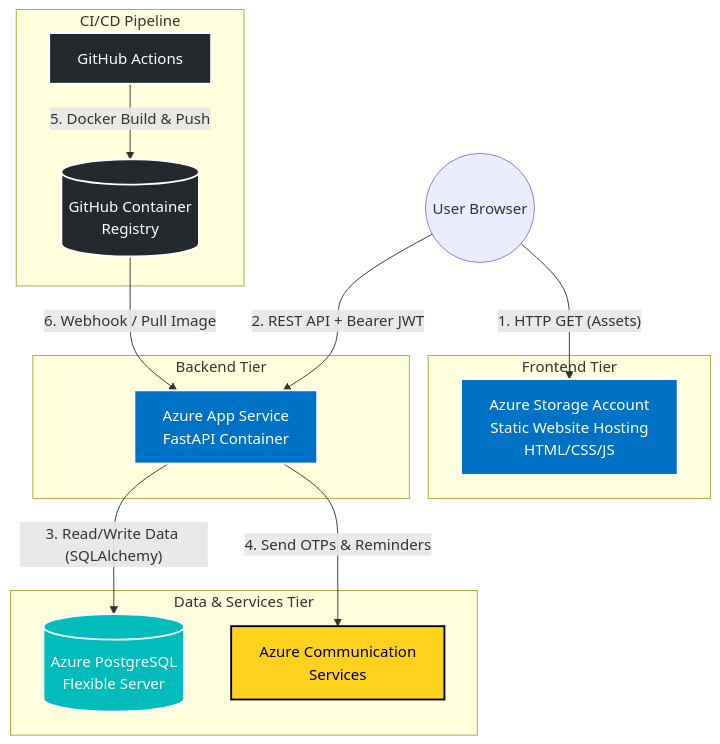
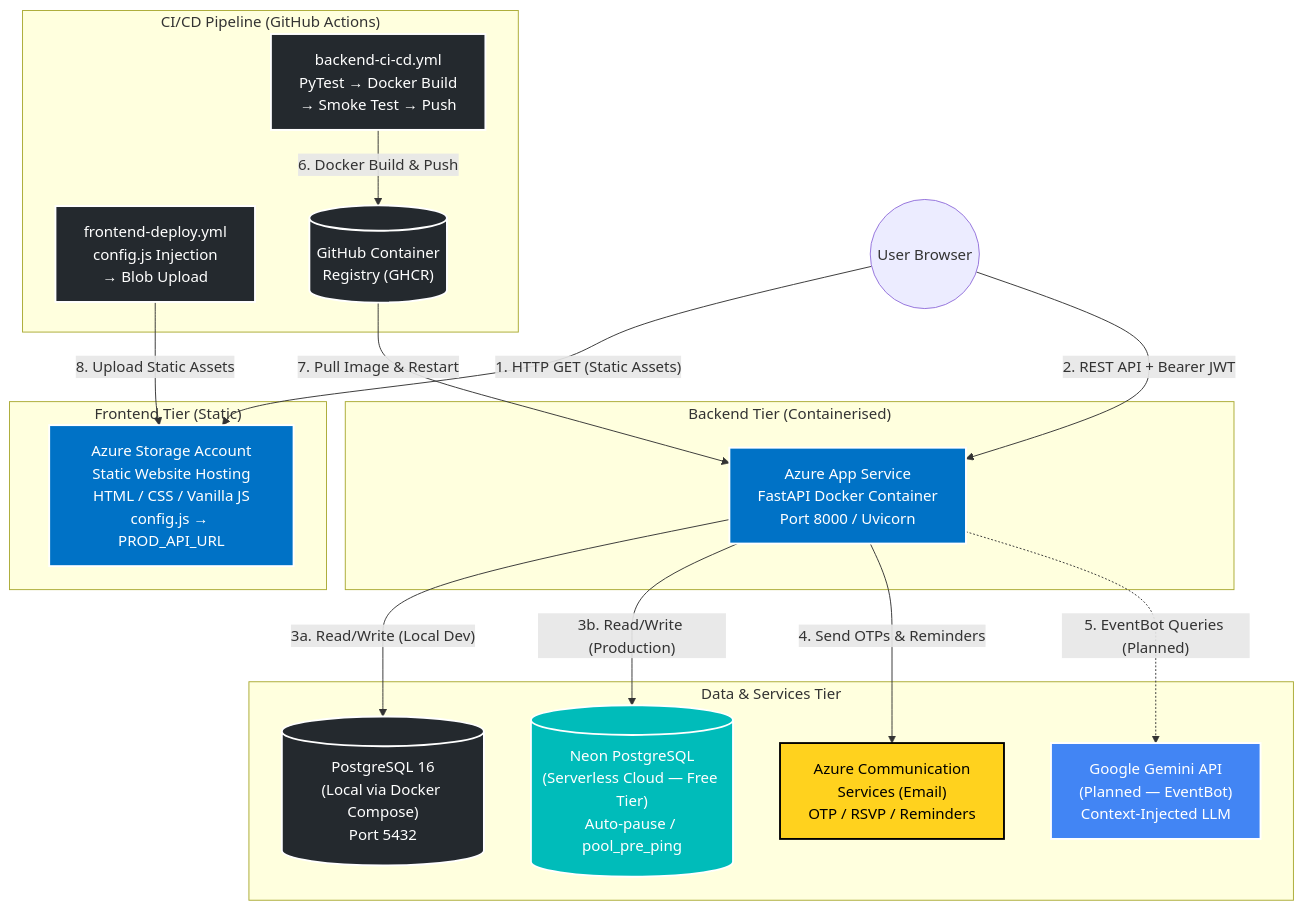
The first of 7 diagrams in docs/design_doc.md (Dhruv-Puri/2nd-year-Internship), drawn with Mermaid before and after one commit. The commit also changed other lines of this file, not shown here.

````diff
--- a/docs/design_doc.md
+++ b/docs/design_doc.md
@@ -21,37 +26,45 @@
 ```mermaid
 graph TD
     %% Define Styles
     classDef azure fill:#0072C6,stroke:#fff,stroke-width:2px,color:#fff;
     classDef db fill:#00bcba,stroke:#fff,stroke-width:2px,color:#fff;
+    classDef local fill:#24292e,stroke:#fff,stroke-width:2px,color:#fff;
     classDef cicd fill:#24292e,stroke:#fff,stroke-width:2px,color:#fff;
     classDef acs fill:#FFD21E,stroke:#000,stroke-width:2px,color:#000;
+    classDef gemini fill:#4285F4,stroke:#fff,stroke-width:2px,color:#fff;
     
     User((User Browser))
 
-    subgraph Frontend Tier
-        SWA["Azure Storage Account<br/>Static Website Hosting<br/>HTML/CSS/JS"]:::azure
+    subgraph "Frontend Tier (Static)"
+        SWA["Azure Storage Account<br/>Static Website Hosting<br/>HTML / CSS / Vanilla JS<br/>config.js → PROD_API_URL"]:::azure
     end
 
-    subgraph CI/CD Pipeline
-        GH["GitHub Actions"]:::cicd
-        GHCR[("GitHub Container<br/>Registry")]:::cicd
+    subgraph "CI/CD Pipeline (GitHub Actions)"
+        GH["backend-ci-cd.yml<br/>PyTest → Docker Build<br/>→ Smoke Test → Push"]:::cicd
+        GHF["frontend-deploy.yml<br/>config.js Injection<br/>→ Blob Upload"]:::cicd
+        GHCR[("GitHub Container<br/>Registry (GHCR)")]:::cicd
     end
 
-    subgraph Backend Tier
-        API["Azure App Service<br/>FastAPI Container"]:::azure
+    subgraph "Backend Tier (Containerised)"
+        API["Azure App Service<br/>FastAPI Docker Container<br/>Port 8000 / Uvicorn"]:::azure
     end
 
-    subgraph Data & Services Tier
-        DB[("Azure PostgreSQL<br/>Flexible Server")]:::db
-        ACS["Azure Communication<br/>Services"]:::acs
+    subgraph "Data & Services Tier"
+        DB_LOCAL[("PostgreSQL 16<br/>(Local via Docker Compose)<br/>Port 5432")]:::local
+        DB_CLOUD[("Neon PostgreSQL<br/>(Serverless Cloud — Free Tier)<br/>Auto-pause / pool_pre_ping")]:::db
+        ACS["Azure Communication<br/>Services (Email)<br/>OTP / RSVP / Reminders"]:::acs
+        GEMINI["Google Gemini API<br/>(Planned — EventBot)<br/>Context-Injected LLM"]:::gemini
     end
 
     %% Routing
-    User -->|"1. HTTP GET (Assets)"| SWA
+    User -->|"1. HTTP GET (Static Assets)"| SWA
     User -->|"2. REST API + Bearer JWT"| API
-    API -->|"3. Read/Write Data (SQLAlchemy)"| DB
+    API -->|"3a. Read/Write (Local Dev)"| DB_LOCAL
+    API -->|"3b. Read/Write (Production)"| DB_CLOUD
     API -->|"4. Send OTPs & Reminders"| ACS
+    API -.->|"5. EventBot Queries (Planned)"| GEMINI
     
-    GH -->|"5. Docker Build & Push"| GHCR
-    GHCR -->|"6. Webhook / Pull Image"| API
+    GH -->|"6. Docker Build & Push"| GHCR
+    GHCR -->|"7. Pull Image & Restart"| API
+    GHF -->|"8. Upload Static Assets"| SWA
 ```
````
